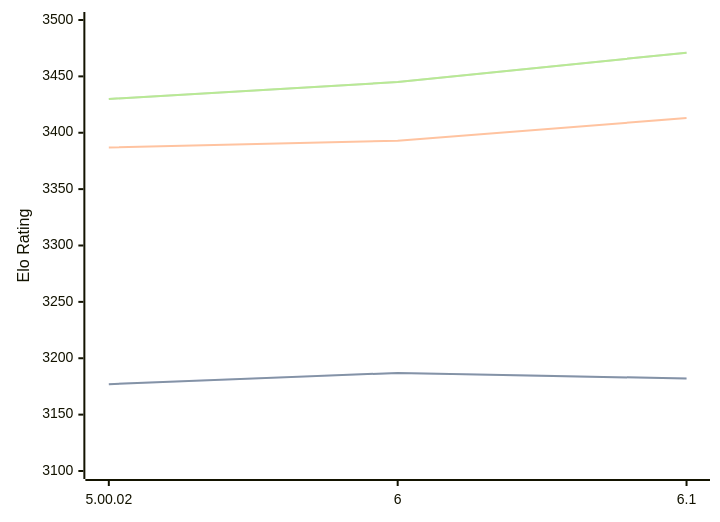
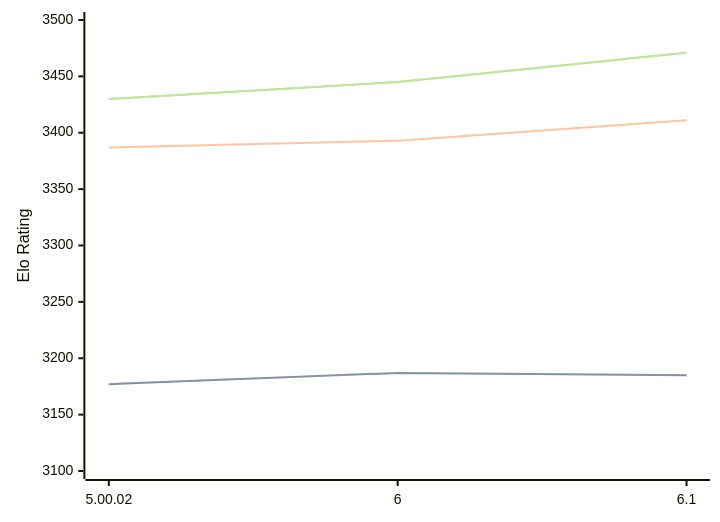
The diagram in engines/Zangdar.md (computer-chess-index/cci), drawn with Mermaid before and after one commit. The commit also changed other lines of this file, not shown here.

Commit message:
Update CCI Ratings (ELO VLTC) - 2026-02-22

````diff
--- a/engines/Zangdar.md
+++ b/engines/Zangdar.md
@@ -42,11 +42,11 @@
 ```mermaid
 %%{init: {"theme":"base","themeVariables":{"seriesColors:['#a3a3a3','#222221','#faa371']}}}%%
 xychart-beta
   x-axis ["5.00.02", "6", "6.1"]
   y-axis "Elo Rating" 3100 --> 3500
-  line "STC (8.0+0.08s)" [3177, 3187, 3182]
-  line "STC (8.0+0.08s)" [3177, 3187, 3182]
-  line "LTC (60.0+0.60s)" [3387, 3393, 3413]
+  line "STC (8.0+0.08s)" [3177, 3187, 3185]
+  line "STC (8.0+0.08s)" [3177, 3187, 3185]
+  line "LTC (60.0+0.60s)" [3387, 3393, 3411]
   line "VLTC (2m24s+1.12s)" [3430, 3445, 3471]
   line "VLTC (2m24s+1.12s)" [3430, 3445, 3471]
 ```
````
